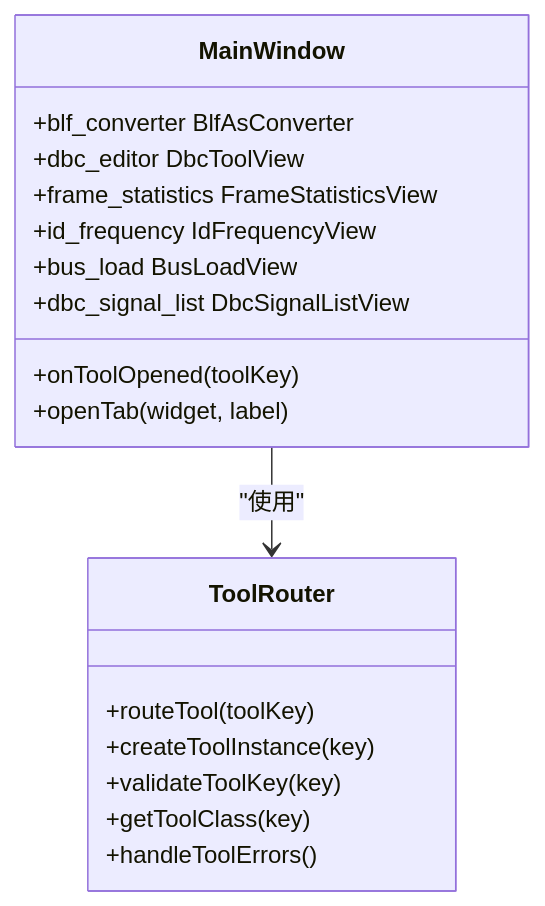
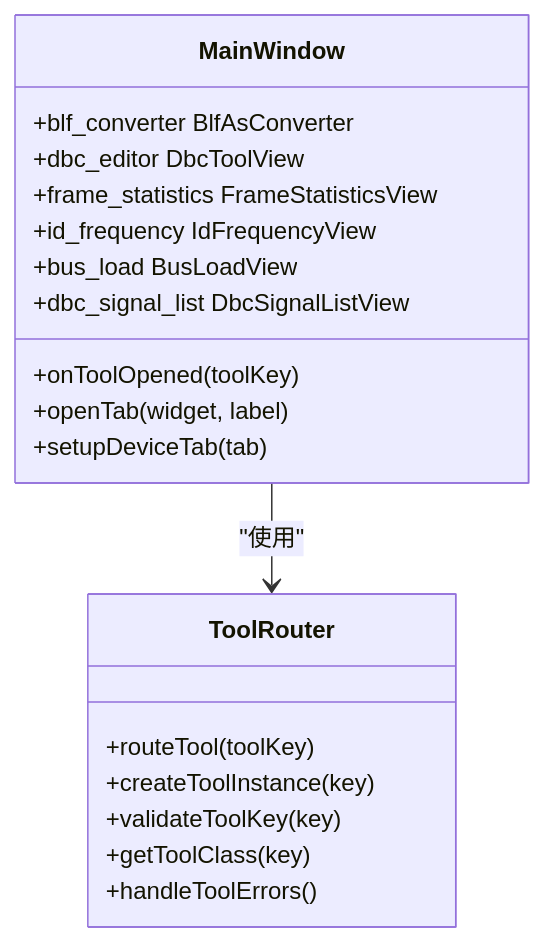
Before and after one commit to jakecai1225-design/OpenBus: diagram 23 of 25 in .qoder/repowiki/zh/content/架构设计/UI系统设计/UI系统设计.md, drawn with Mermaid. The commit also changed other lines of this file and 27 other files, not shown here.

````diff
--- a/.qoder/repowiki/zh/content/架构设计/UI系统设计/UI系统设计.md
+++ b/.qoder/repowiki/zh/content/架构设计/UI系统设计/UI系统设计.md
@@ -1504,21 +1662,22 @@
 ```mermaid
 classDiagram
 class MainWindow {
 +onToolOpened(toolKey)
 +openTab(widget, label)
 +blf_converter BlfAsConverter
 +dbc_editor DbcToolView
 +frame_statistics FrameStatisticsView
 +id_frequency IdFrequencyView
 +bus_load BusLoadView
 +dbc_signal_list DbcSignalListView
++setupDeviceTab(tab)
 }
 class ToolRouter {
 +routeTool(toolKey)
 +createToolInstance(key)
 +validateToolKey(key)
 +getToolClass(key)
 +handleToolErrors()
 }
 MainWindow --> ToolRouter : "使用"
 ```
````
